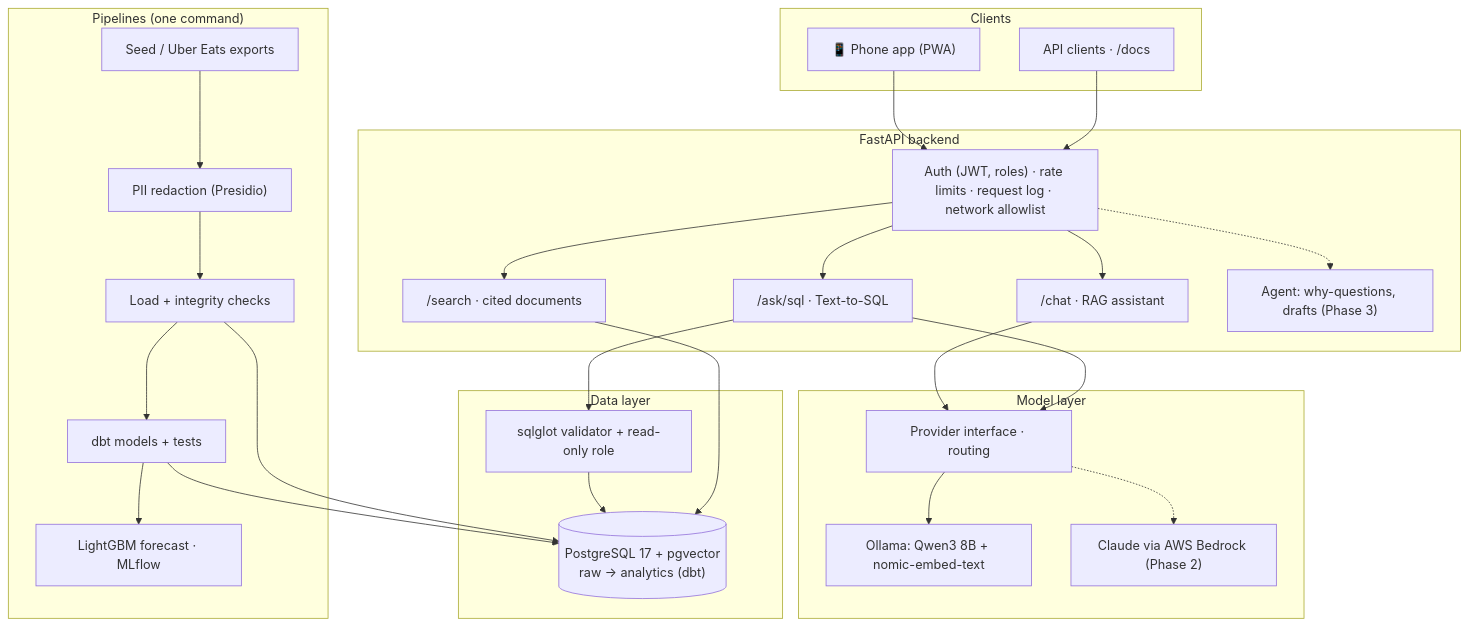
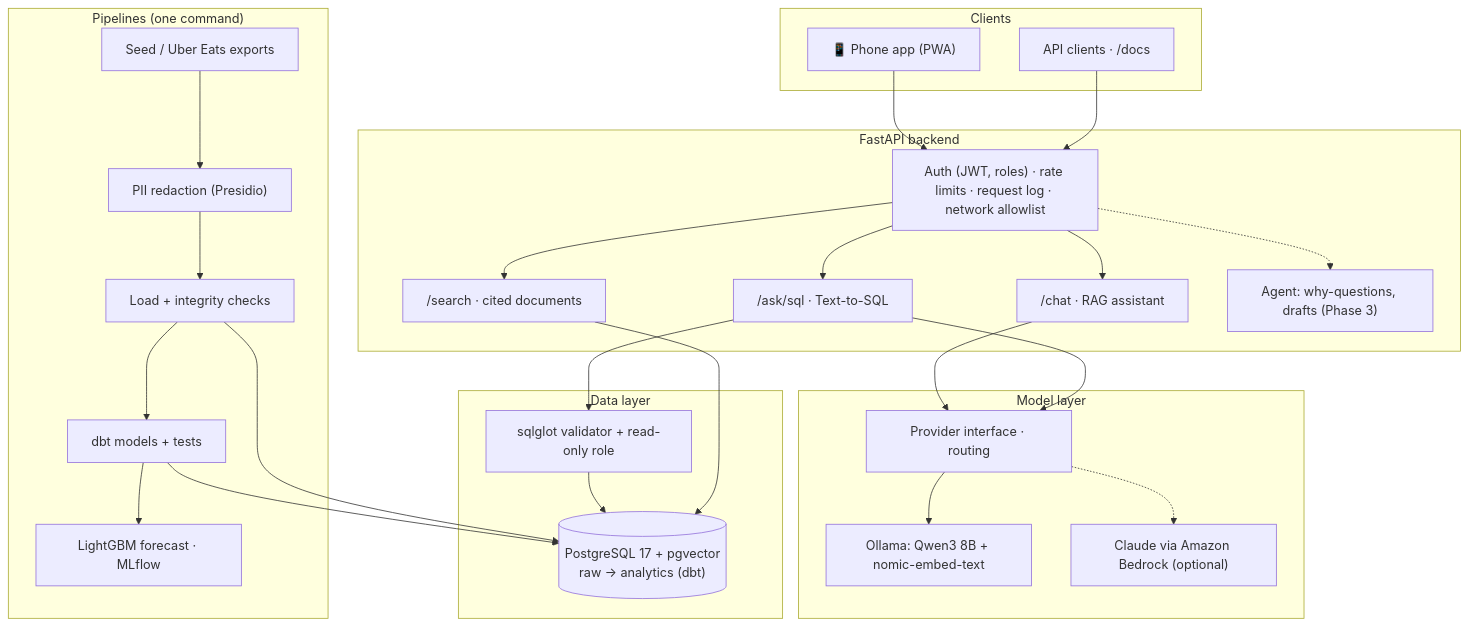
Before and after one commit to padduchowdary969/grillhouse-ai-assistant: the first of 3 diagrams in README.md, drawn with Mermaid. The commit also changed other lines of this file and 15 other files, not shown here.

````diff
--- a/README.md
+++ b/README.md
@@ -60,43 +60,43 @@
 ```mermaid
 flowchart TB
     subgraph clients["Clients"]
         phone["📱 Phone app (PWA)"]
         api_client["API clients · /docs"]
     end
 
     subgraph backend["FastAPI backend"]
         gate["Auth (JWT, roles) · rate limits · request log · network allowlist"]
         chat["/chat · RAG assistant"]
         sql["/ask/sql · Text-to-SQL"]
         search["/search · cited documents"]
         agent["Agent: why-questions, drafts (Phase 3)"]
     end
 
     subgraph models["Model layer"]
         router["Provider interface · routing"]
         local["Ollama: Qwen3 8B + nomic-embed-text"]
-        bedrock["Claude via AWS Bedrock (Phase 2)"]
+        bedrock["Claude via Amazon Bedrock (optional)"]
     end
 
     subgraph data["Data layer"]
         pg[("PostgreSQL 17 + pgvector<br/>raw → analytics (dbt)")]
         guard["sqlglot validator + read-only role"]
     end
 
     subgraph pipe["Pipelines (one command)"]
         ingest["Seed / Uber Eats exports"] --> redact["PII redaction (Presidio)"] --> load["Load + integrity checks"] --> dbt["dbt models + tests"] --> forecast["LightGBM forecast · MLflow"]
     end
 
     phone --> gate
     api_client --> gate
     gate --> chat & sql & search
     gate -.-> agent
     chat --> router
     sql --> router
     router --> local
     router -.-> bedrock
     sql --> guard --> pg
     search --> pg
     dbt --> pg
     load --> pg
 ```
````
